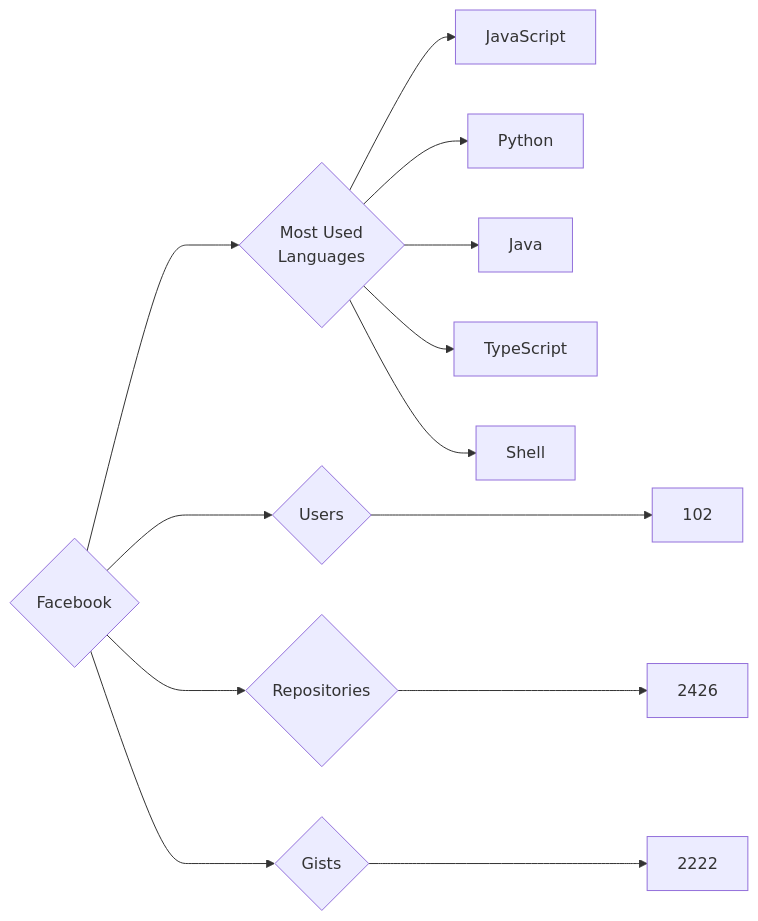
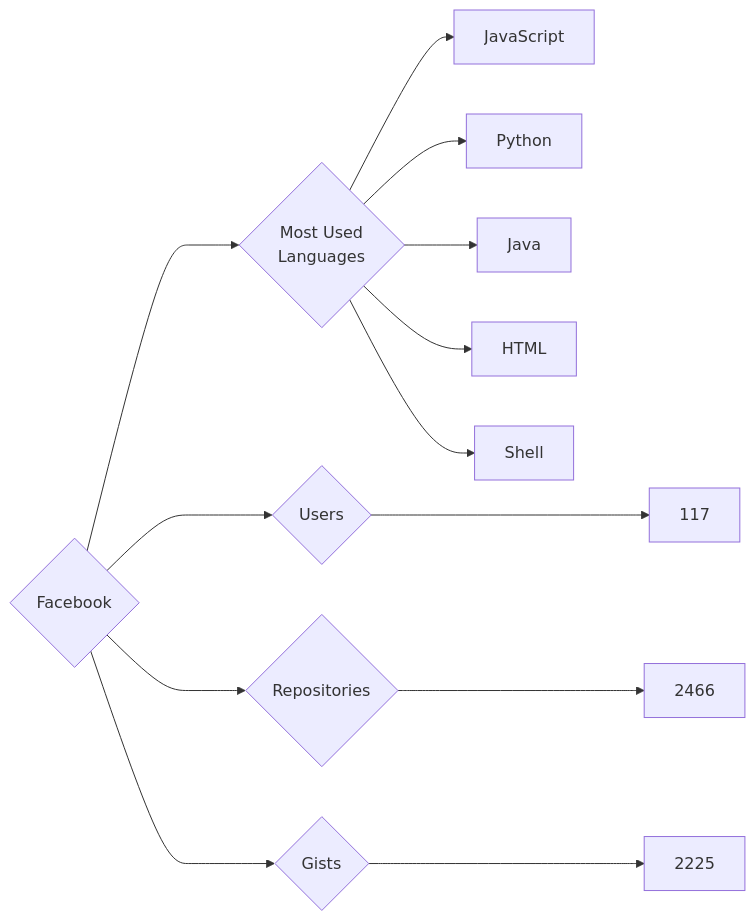
One commit to trickest/insiders changed the diagram in targets/Facebook/README.md. Above: the diagram before and after it, drawn with Mermaid. The commit also changed 900 other files, not shown here.

````diff
--- a/targets/Facebook/README.md
+++ b/targets/Facebook/README.md
@@ -3,13 +3,13 @@
 ```mermaid
 graph LR
 COMPANY_NAME{Facebook}
-COMPANY_NAME ---> U{Users} ---> UN[102]
-COMPANY_NAME ---> R{Repositories} ---> RN[2426]
-COMPANY_NAME ---> G{Gists} ---> GN[2222]
+COMPANY_NAME ---> U{Users} ---> UN[117]
+COMPANY_NAME ---> R{Repositories} ---> RN[2466]
+COMPANY_NAME ---> G{Gists} ---> GN[2225]
 COMPANY_NAME ---> ML{Most Used<br>Languages}
 ML --> JavaScript[JavaScript]
 ML --> Python[Python]
 ML --> Java[Java]
-ML --> TypeScript[TypeScript]
+ML --> HTML[HTML]
 ML --> Shell[Shell]
 ```
````
